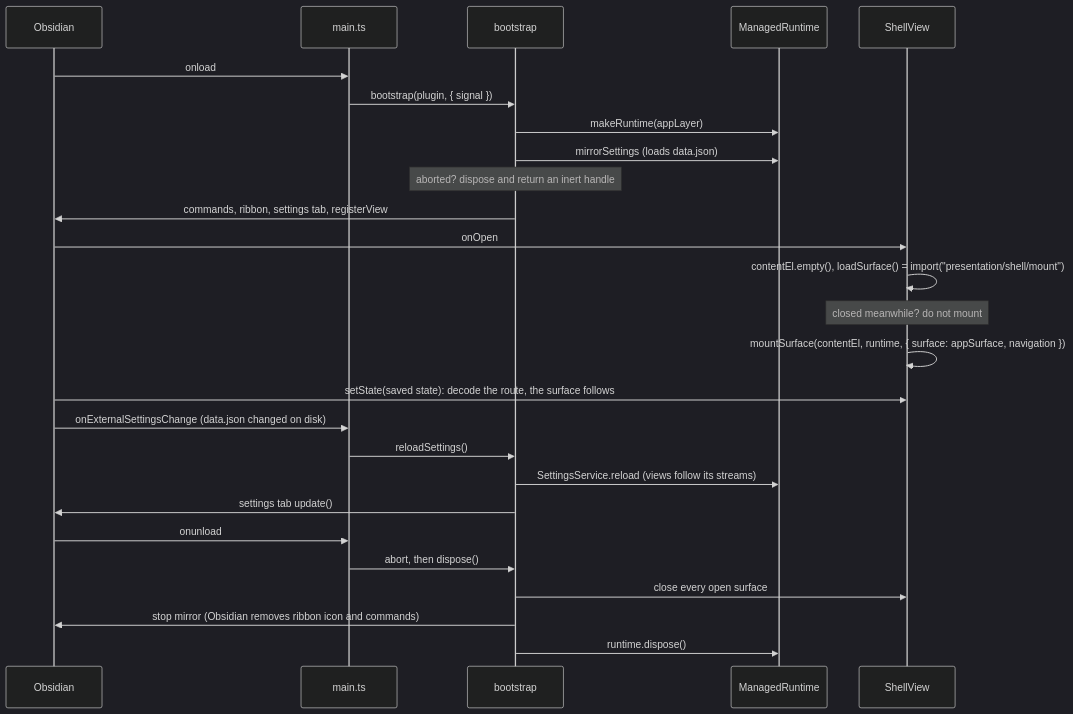
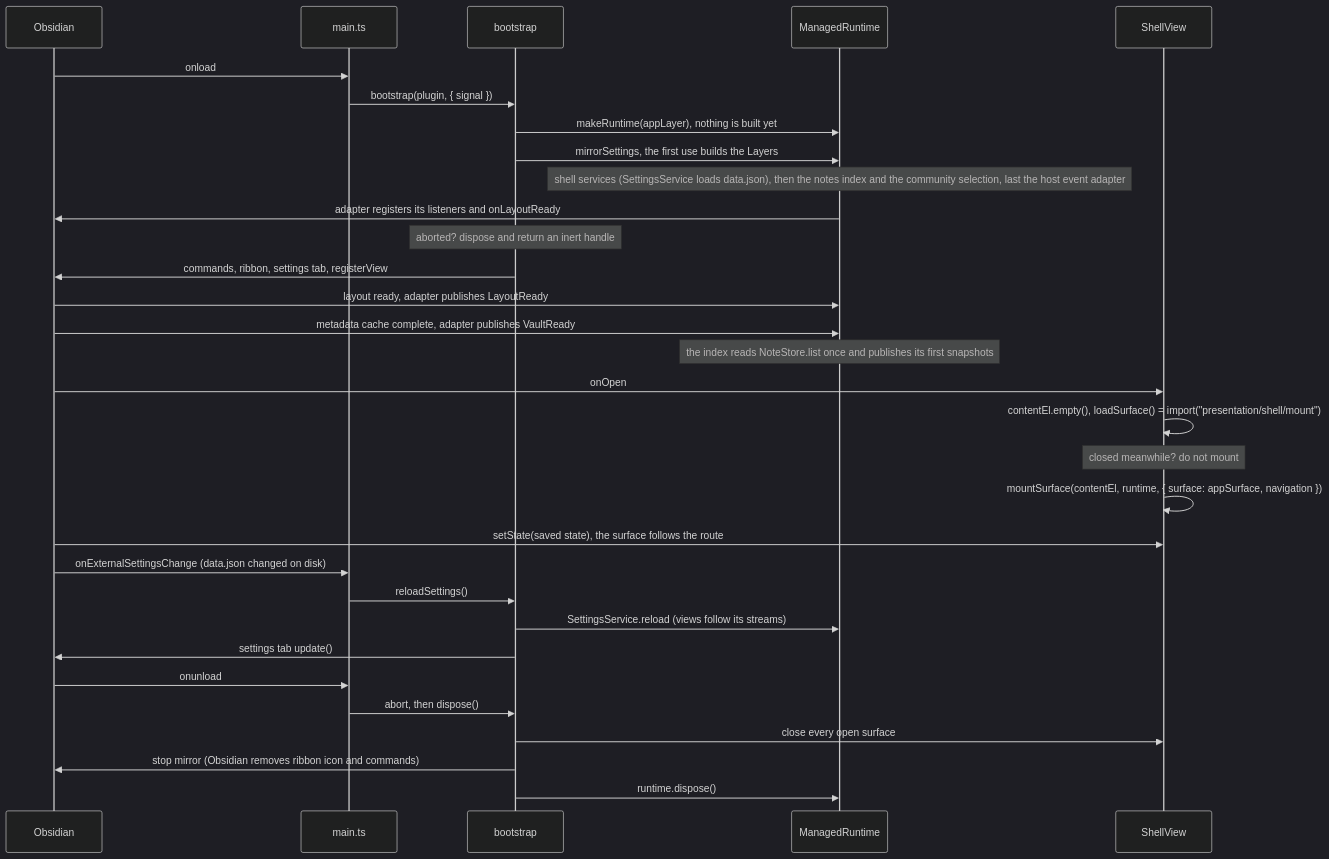
The third of 5 diagrams in docs/engineering/architecture.md (Luis85/weg-manager), drawn with Mermaid (dark theme) before and after one commit. The commit also changed other lines of this file and 21 other files, not shown here.

````diff
--- a/docs/engineering/architecture.md
+++ b/docs/engineering/architecture.md
@@ -233,28 +103,33 @@
 ```mermaid
 sequenceDiagram
   participant O as Obsidian
   participant M as main.ts
   participant B as bootstrap
   participant R as ManagedRuntime
   participant V as ShellView
   O->>M: onload
   M->>B: bootstrap(plugin, { signal })
-  B->>R: makeRuntime(appLayer)
-  B->>R: mirrorSettings (loads data.json)
+  B->>R: makeRuntime(appLayer), nothing is built yet
+  B->>R: mirrorSettings, the first use builds the Layers
+  Note over R: shell services (SettingsService loads data.json), then the notes index and the community selection, last the host event adapter
+  R->>O: adapter registers its listeners and onLayoutReady
   Note over B: aborted? dispose and return an inert handle
   B->>O: commands, ribbon, settings tab, registerView
+  O->>R: layout ready, adapter publishes LayoutReady
+  O->>R: metadata cache complete, adapter publishes VaultReady
+  Note over R: the index reads NoteStore.list once and publishes its first snapshots
   O->>V: onOpen
   V->>V: contentEl.empty(), loadSurface() = import("presentation/shell/mount")
   Note over V: closed meanwhile? do not mount
   V->>V: mountSurface(contentEl, runtime, { surface: appSurface, navigation })
-  O->>V: setState(saved state): decode the route, the surface follows
+  O->>V: setState(saved state), the surface follows the route
   O->>M: onExternalSettingsChange (data.json changed on disk)
   M->>B: reloadSettings()
   B->>R: SettingsService.reload (views follow its streams)
   B->>O: settings tab update()
   O->>M: onunload
   M->>B: abort, then dispose()
   B->>V: close every open surface
   B->>O: stop mirror (Obsidian removes ribbon icon and commands)
   B->>R: runtime.dispose()
 ```
````
